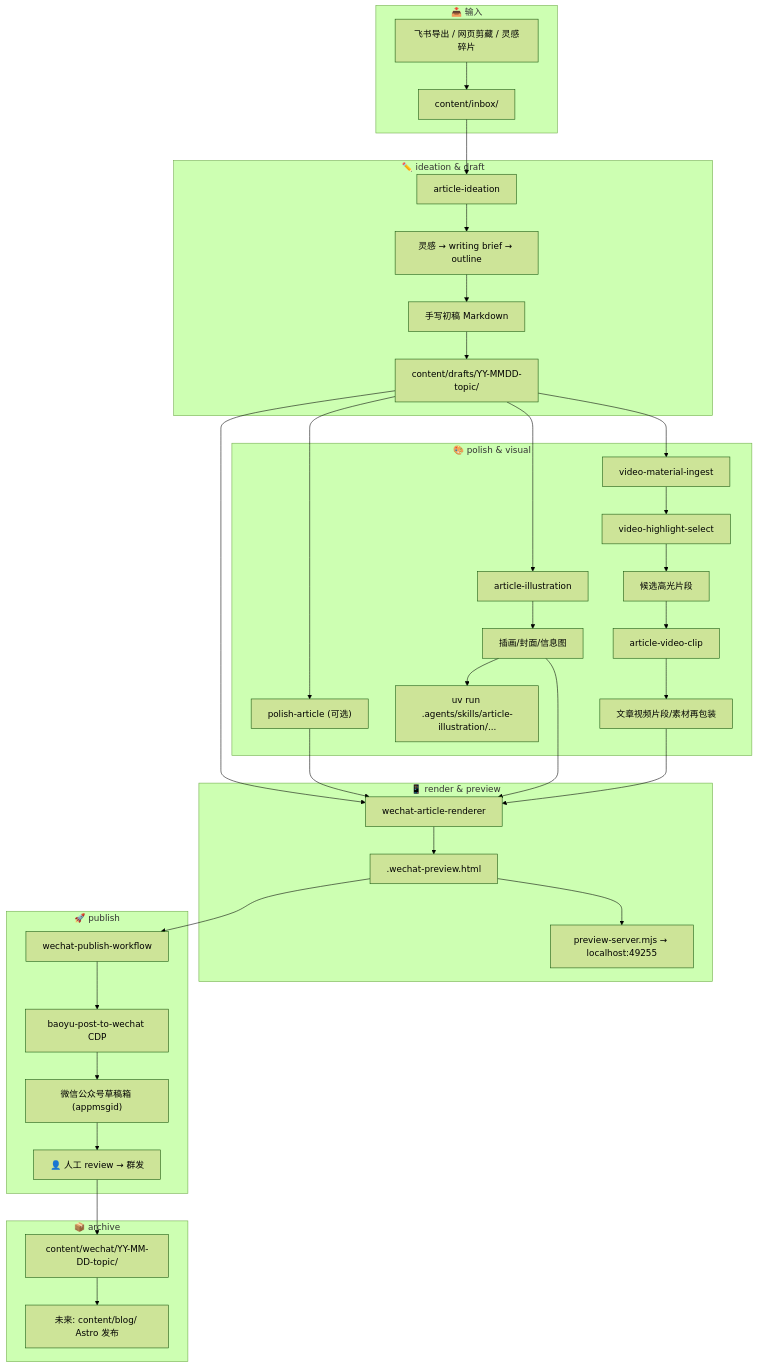
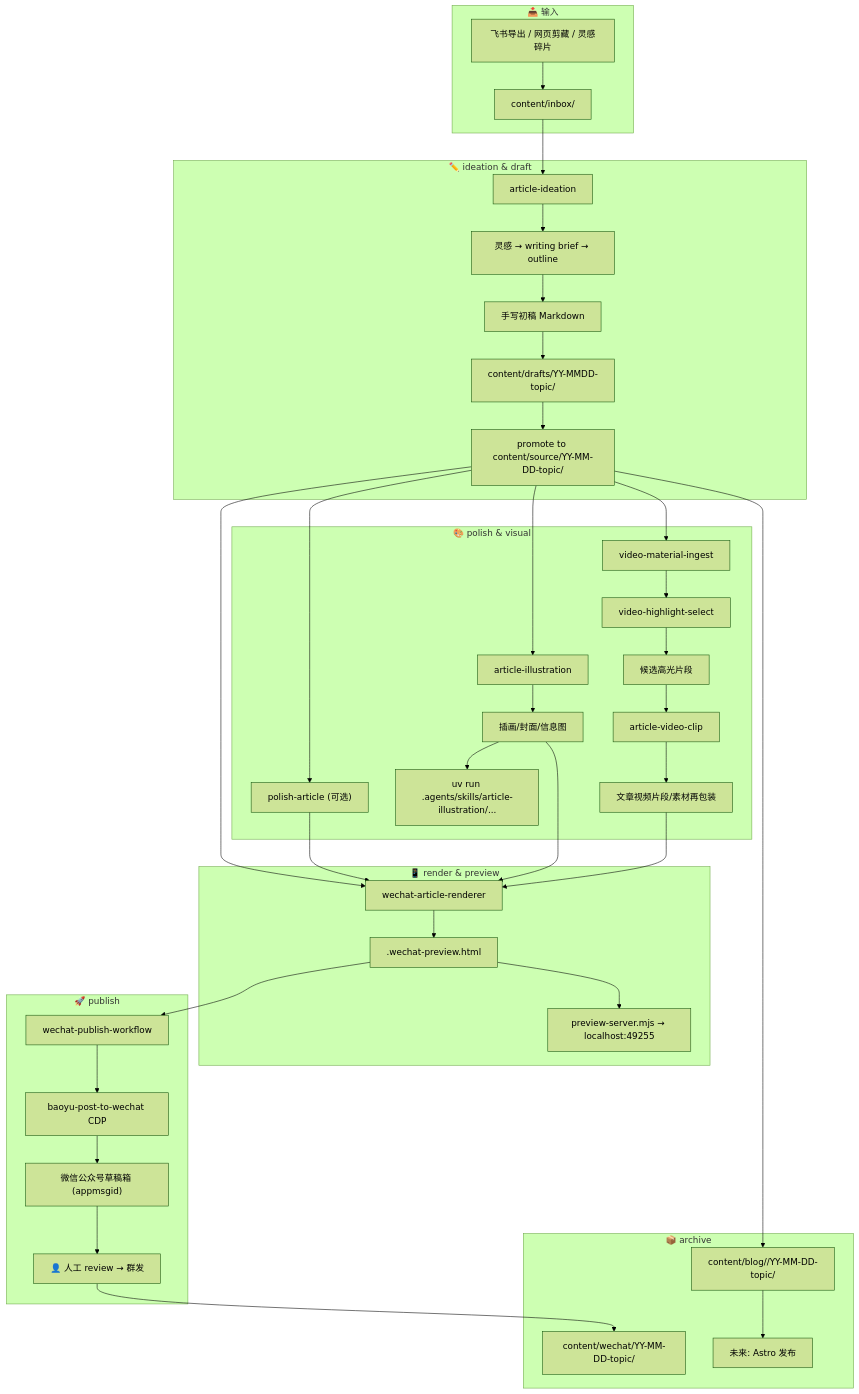
The diagram in docs/workflows/ai-writing-workflow.md (eriklee1895/writing-agent-harness), drawn with Mermaid (forest theme) before and after one commit. The commit also changed other lines of this file and 13 other files, not shown here.

````diff
--- a/docs/workflows/ai-writing-workflow.md
+++ b/docs/workflows/ai-writing-workflow.md
@@ -5,46 +5,48 @@
 ```mermaid
 graph TD
     subgraph "📥 输入"
         A[飞书导出 / 网页剪藏 / 灵感碎片] --> B["content/inbox/"]
     end
 
     subgraph "✏️ ideation & draft"
         B --> C["article-ideation"]
         C --> D["灵感 → writing brief → outline"]
         D --> E["手写初稿 Markdown"]
         E --> F["content/drafts/YY-MMDD-topic/"]
+        F --> S["promote to content/source/YY-MM-DD-topic/"]
     end
 
     subgraph "🎨 polish & visual"
-        F --> G["polish-article (可选)"]
-        F --> H["article-illustration"]
+        S --> G["polish-article (可选)"]
+        S --> H["article-illustration"]
         H --> H1["插画/封面/信息图"]
         H1 --> H2["uv run .agents/skills/article-illustration/..."]
-        F --> V["video-material-ingest"]
+        S --> V["video-material-ingest"]
         V --> V1["video-highlight-select"]
         V1 --> V2["候选高光片段"]
         V2 --> V3["article-video-clip"]
         V3 --> V4["文章视频片段/素材再包装"]
     end
 
     subgraph "📱 render & preview"
-        F --> I["wechat-article-renderer"]
+        S --> I["wechat-article-renderer"]
         G --> I
         H1 --> I
         V4 --> I
         I --> I1[".wechat-preview.html"]
         I1 --> I2["preview-server.mjs → localhost:49255"]
     end
 
     subgraph "🚀 publish"
         I1 --> J["wechat-publish-workflow"]
         J --> K["baoyu-post-to-wechat CDP"]
         K --> L["微信公众号草稿箱 (appmsgid)"]
         L --> M["👤 人工 review → 群发"]
     end
 
     subgraph "📦 archive"
+        S --> B1["content/blog/<category>/YY-MM-DD-topic/"]
         M --> N["content/wechat/YY-MM-DD-topic/"]
-        N --> O["未来: content/blog/ Astro 发布"]
+        B1 --> O["未来: Astro 发布"]
     end
 ```
````
